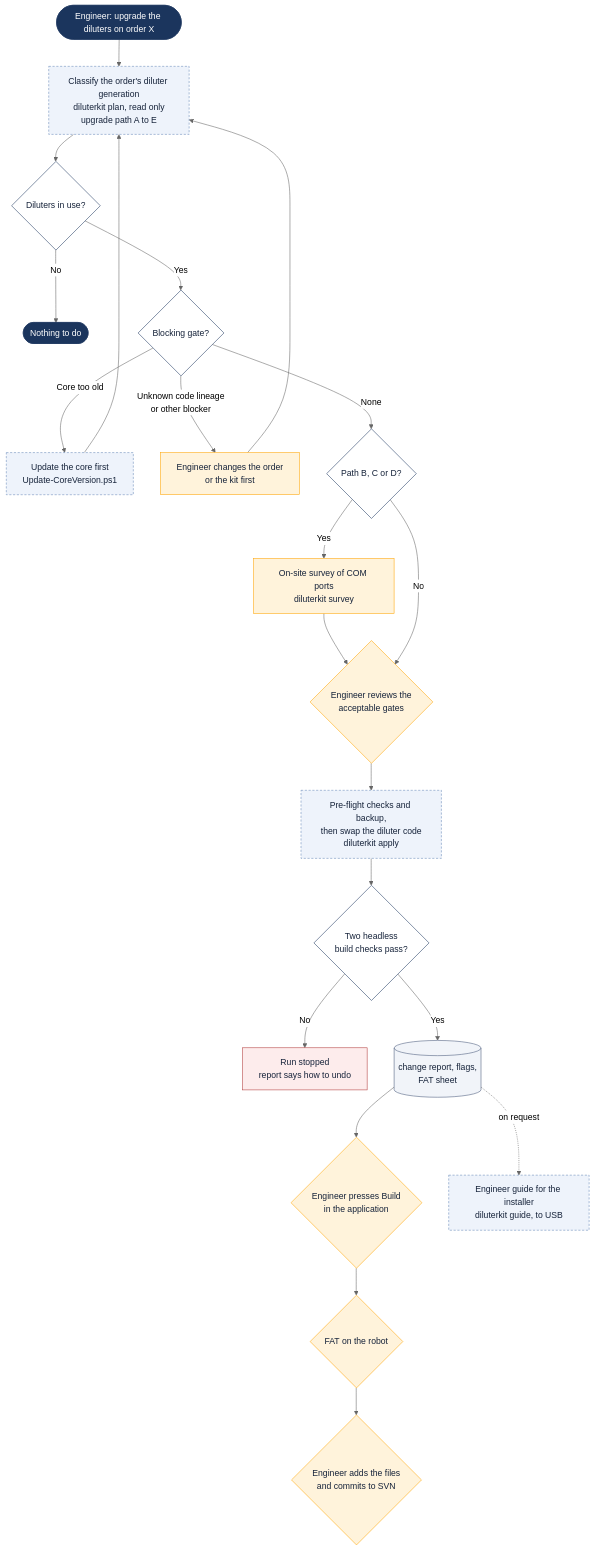
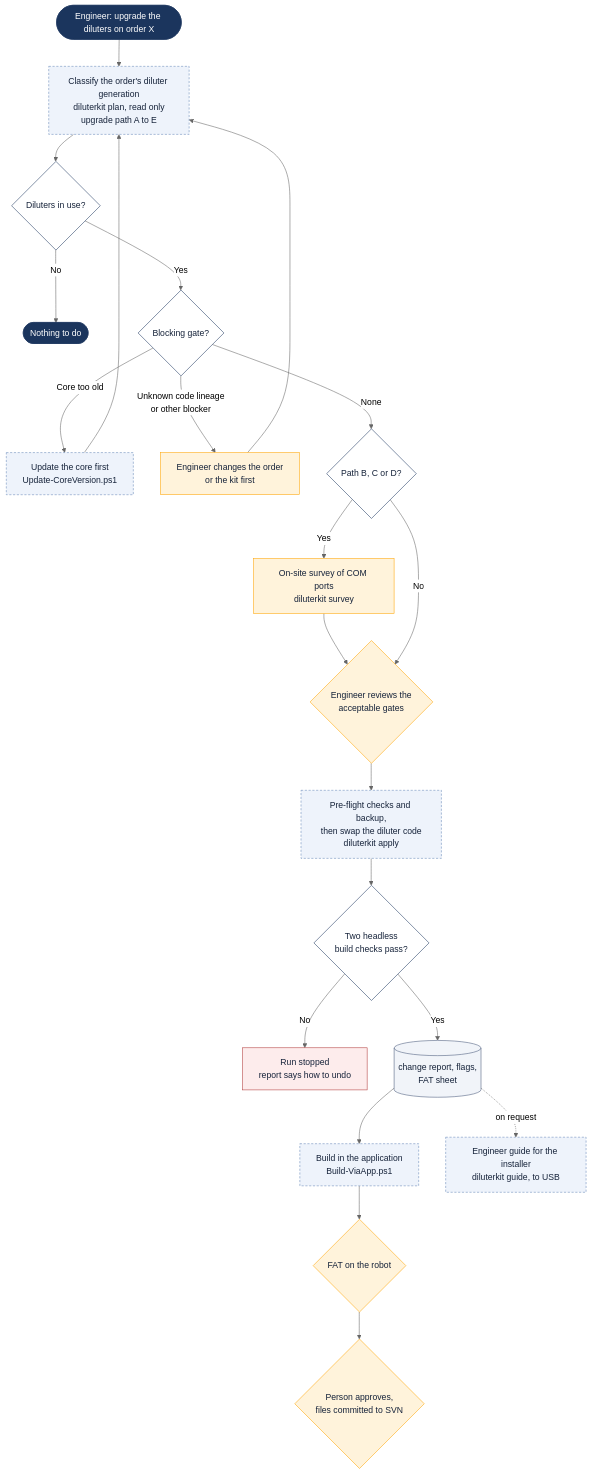
Before and after one commit to SkalarJoostE/Robotics-Private: the diagram in Rollout/Flowcharts/09-diluter-upgrade.md, drawn with Mermaid (neutral theme). The commit also changed other lines of this file and 19 other files, not shown here.

````diff
--- a/Rollout/Flowcharts/09-diluter-upgrade.md
+++ b/Rollout/Flowcharts/09-diluter-upgrade.md
@@ -7,28 +7,28 @@
 ```mermaid
 flowchart TD
     Q([Engineer: upgrade the diluters on order X]):::start --> PLAN["Classify the order's diluter generation<br/>diluterkit plan, read only<br/>upgrade path A to E"]:::script
     PLAN --> USE{Diluters in use?}:::decision
     USE -->|No| END1([Nothing to do]):::start
     USE -->|Yes| BLOCK{Blocking gate?}:::decision
     BLOCK -->|"Core too old"| CORE["Update the core first<br/>Update-CoreVersion.ps1"]:::script --> PLAN
     BLOCK -->|"Unknown code lineage<br/>or other blocker"| FIXFIRST[Engineer changes the order<br/>or the kit first]:::human --> PLAN
     BLOCK -->|None| SURVEY{Path B, C or D?}:::decision
     SURVEY -->|Yes| SITE["On-site survey of COM ports<br/>diluterkit survey"]:::human --> ACC
     SURVEY -->|No| ACC{Engineer reviews the<br/>acceptable gates}:::human
     ACC --> APPLY["Pre-flight checks and backup,<br/>then swap the diluter code<br/>diluterkit apply"]:::script
     APPLY --> GATES{Two headless<br/>build checks pass?}:::decision
     GATES -->|No| UNDO[Run stopped<br/>report says how to undo]:::rule
     GATES -->|Yes| REPORT[("change report, flags,<br/>FAT sheet")]:::store
-    REPORT --> BUILD{Engineer presses Build<br/>in the application}:::human
+    REPORT --> BUILD["Build in the application<br/>Build-ViaApp.ps1"]:::script
     BUILD --> FAT{FAT on the robot}:::human
-    FAT --> COMMIT{Engineer adds the files<br/>and commits to SVN}:::human
+    FAT --> COMMIT{Person approves,<br/>files committed to SVN}:::human
     REPORT -.->|"on request"| GUIDE["Engineer guide for the installer<br/>diluterkit guide, to USB"]:::script
 
     classDef start fill:#1b355d,stroke:#1b355d,color:#ffffff
     classDef ai fill:#e6ecf7,stroke:#1b355d,color:#16233a
     classDef script fill:#eef3fb,stroke:#6686b7,color:#16233a,stroke-dasharray:4 3
     classDef decision fill:#ffffff,stroke:#1b355d,color:#16233a
     classDef human fill:#fff3db,stroke:#ffa400,color:#16233a
     classDef rule fill:#fdecec,stroke:#b03a3a,color:#16233a
     classDef store fill:#f1f4f9,stroke:#47597a,color:#16233a
 ```
````
